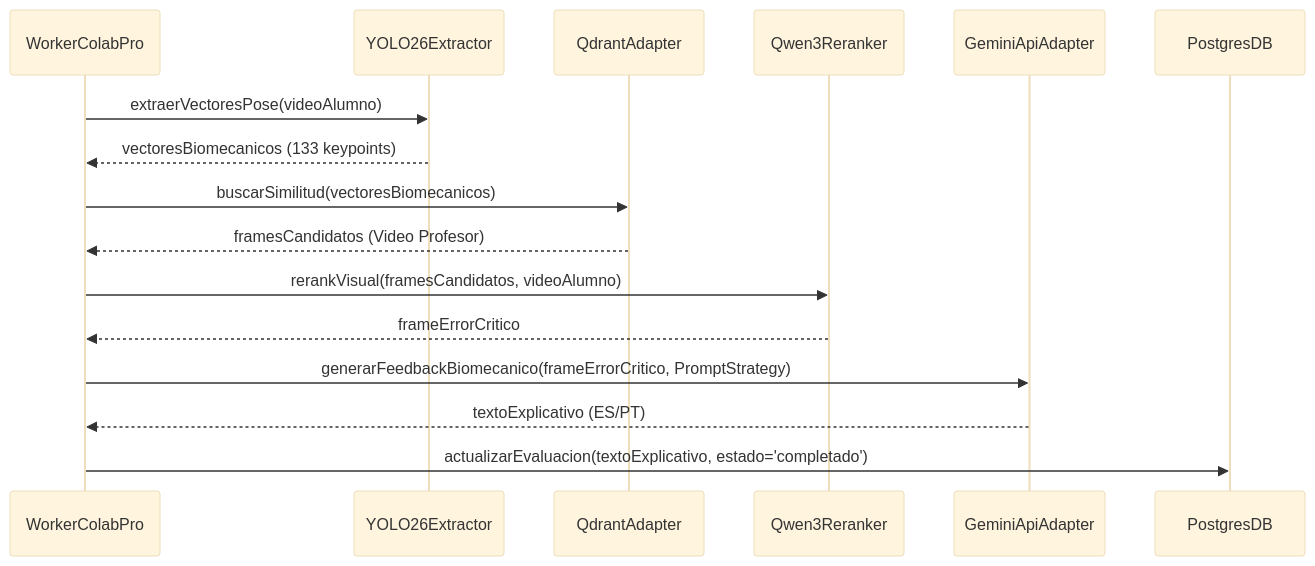
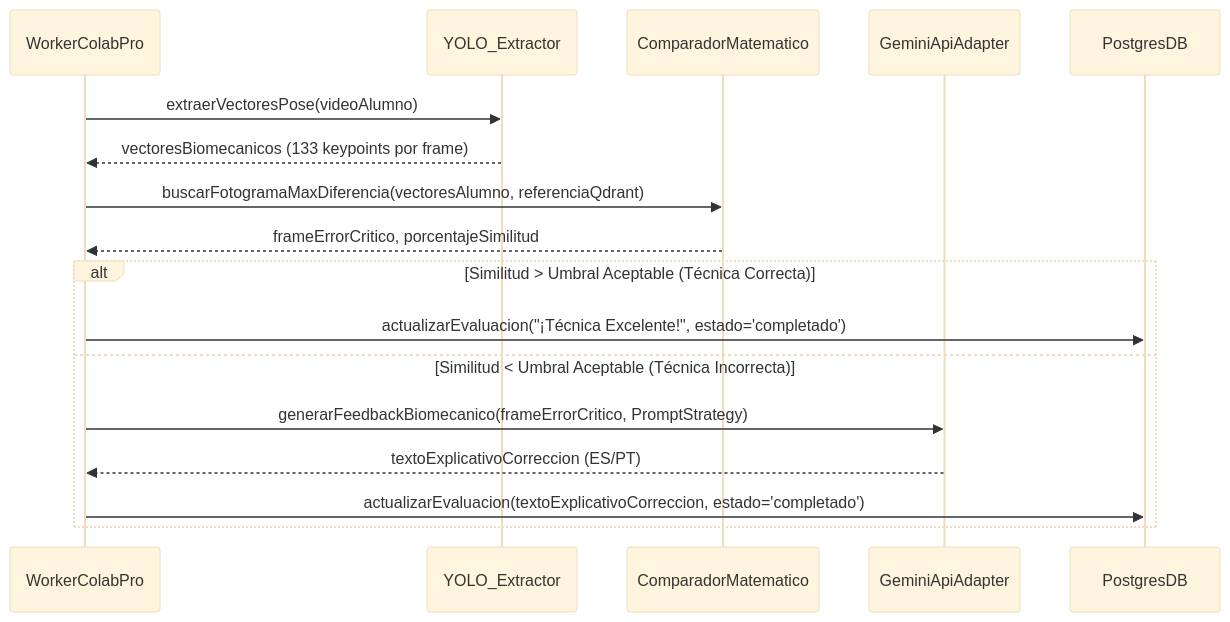
One commit to Tsmrain/JiuJitsu changed the third of 3 diagrams in ProyectoGrado/docs/AnalisiDiseno.md. Above: the diagram before and after it, drawn with Mermaid (base theme). The commit also changed other lines of this file and 19 other files, not shown here.

````diff
--- a/ProyectoGrado/docs/AnalisiDiseno.md
+++ b/ProyectoGrado/docs/AnalisiDiseno.md
@@ -158,23 +163,22 @@
 ```mermaid
 sequenceDiagram
     participant Worker as WorkerColabPro
-    participant YOLO as YOLO26Extractor
-    participant Qdrant as QdrantAdapter
-    participant Qwen as Qwen3Reranker
+    participant YOLO as YOLO_Extractor
+    participant Math as ComparadorMatematico
     participant Gemini as GeminiApiAdapter
     participant DB as PostgresDB
 
     Worker->>YOLO: extraerVectoresPose(videoAlumno)
-    YOLO-->>Worker: vectoresBiomecanicos (133 keypoints)
+    YOLO-->>Worker: vectoresBiomecanicos (133 keypoints por frame)
     
-    Worker->>Qdrant: buscarSimilitud(vectoresBiomecanicos)
-    Qdrant-->>Worker: framesCandidatos (Video Profesor)
+    Worker->>Math: buscarFotogramaMaxDiferencia(vectoresAlumno, referenciaQdrant)
+    Math-->>Worker: frameErrorCritico, porcentajeSimilitud
     
-    Worker->>Qwen: rerankVisual(framesCandidatos, videoAlumno)
-    Qwen-->>Worker: frameErrorCritico
-    
-    Worker->>Gemini: generarFeedbackBiomecanico(frameErrorCritico, PromptStrategy)
-    Gemini-->>Worker: textoExplicativo (ES/PT)
-    
-    Worker->>DB: actualizarEvaluacion(textoExplicativo, estado='completado')
+    alt Similitud > Umbral Aceptable (Técnica Correcta)
+        Worker->>DB: actualizarEvaluacion("¡Técnica Excelente!", estado='completado')
+    else Similitud < Umbral Aceptable (Técnica Incorrecta)
+        Worker->>Gemini: generarFeedbackBiomecanico(frameErrorCritico, PromptStrategy)
+        Gemini-->>Worker: textoExplicativoCorreccion (ES/PT)
+        Worker->>DB: actualizarEvaluacion(textoExplicativoCorreccion, estado='completado')
+    end
 ```
````
